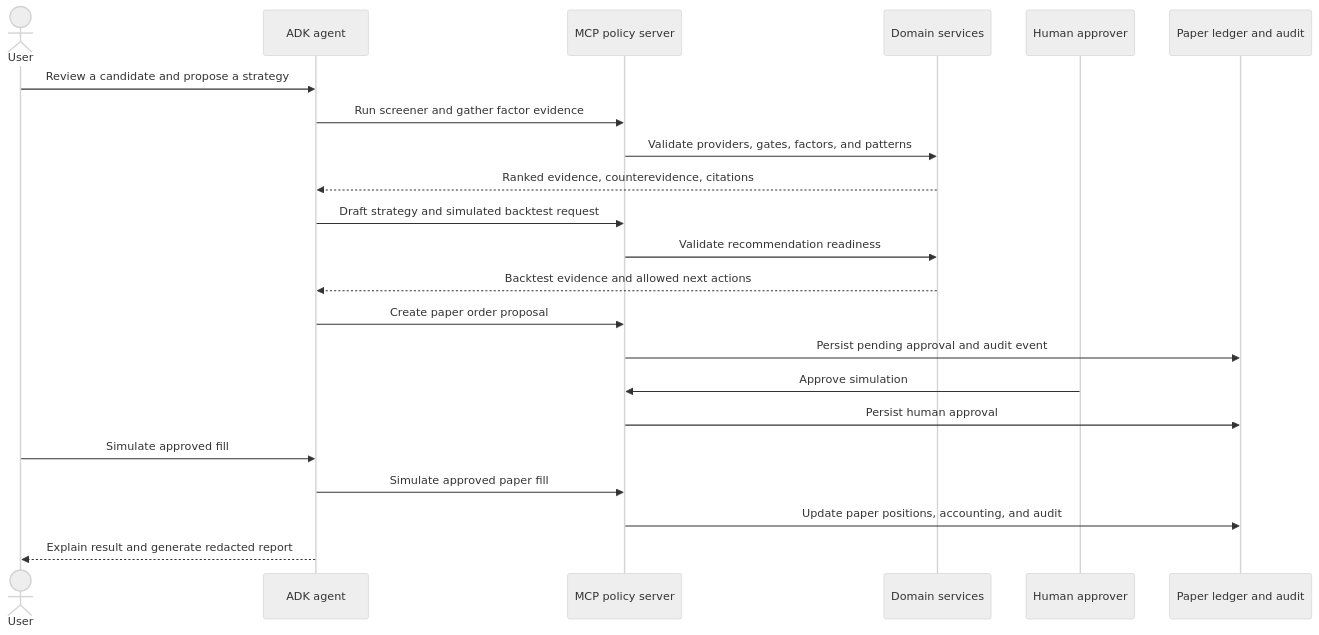
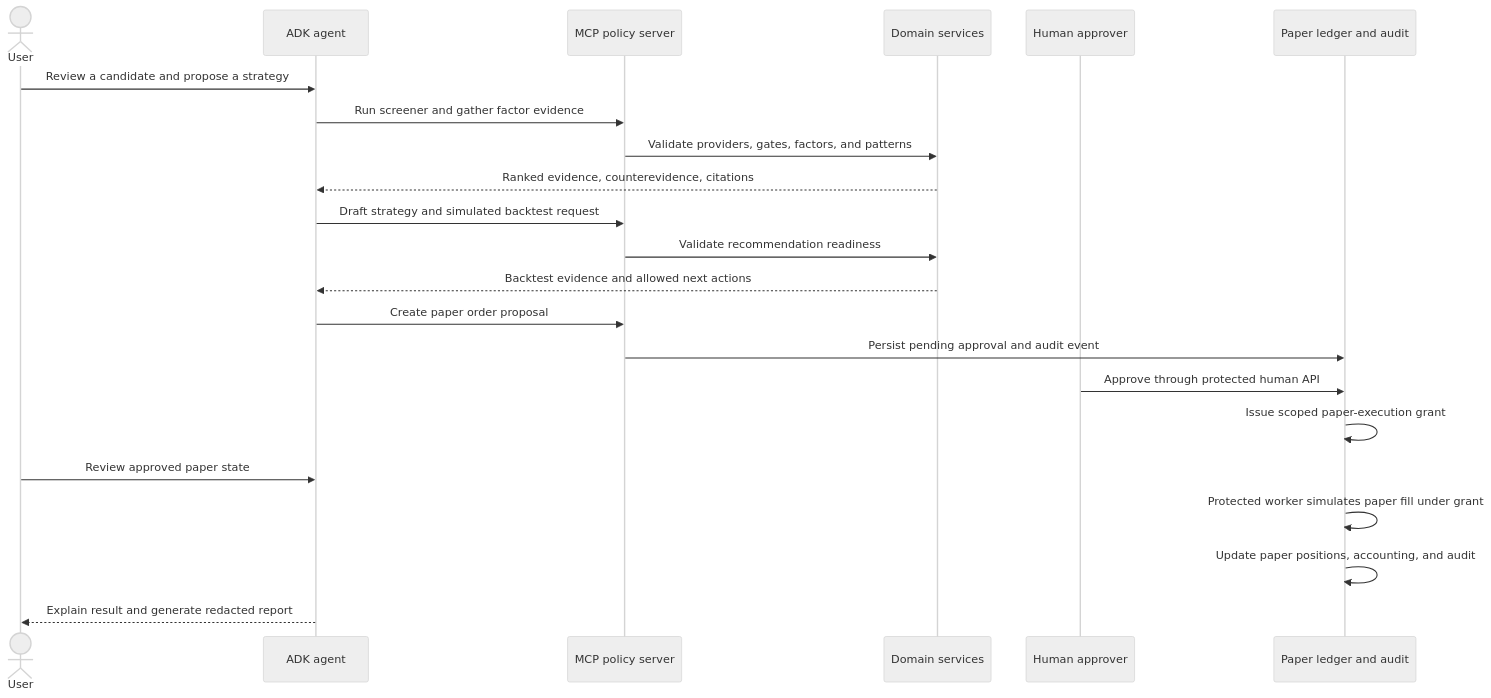
The second of 2 diagrams in docs/architecture/README.md (vinay-raghavan/portfolio-management-agentic), drawn with Mermaid (neutral theme) before and after one commit. The commit also changed other lines of this file and 6 other files, not shown here.

````diff
--- a/docs/architecture/README.md
+++ b/docs/architecture/README.md
@@ -55,25 +55,25 @@
 ```mermaid
 sequenceDiagram
     actor User
     participant Agent as ADK agent
     participant MCP as MCP policy server
     participant Domain as Domain services
     participant Human as Human approver
     participant Ledger as Paper ledger and audit
 
     User->>Agent: Review a candidate and propose a strategy
     Agent->>MCP: Run screener and gather factor evidence
     MCP->>Domain: Validate providers, gates, factors, and patterns
     Domain-->>Agent: Ranked evidence, counterevidence, citations
     Agent->>MCP: Draft strategy and simulated backtest request
     MCP->>Domain: Validate recommendation readiness
     Domain-->>Agent: Backtest evidence and allowed next actions
     Agent->>MCP: Create paper order proposal
     MCP->>Ledger: Persist pending approval and audit event
-    Human->>MCP: Approve simulation
-    MCP->>Ledger: Persist human approval
-    User->>Agent: Simulate approved fill
-    Agent->>MCP: Simulate approved paper fill
-    MCP->>Ledger: Update paper positions, accounting, and audit
+    Human->>Ledger: Approve through protected human API
+    Ledger->>Ledger: Issue scoped paper-execution grant
+    User->>Agent: Review approved paper state
+    Ledger->>Ledger: Protected worker simulates paper fill under grant
+    Ledger->>Ledger: Update paper positions, accounting, and audit
     Agent-->>User: Explain result and generate redacted report
 ```
````
